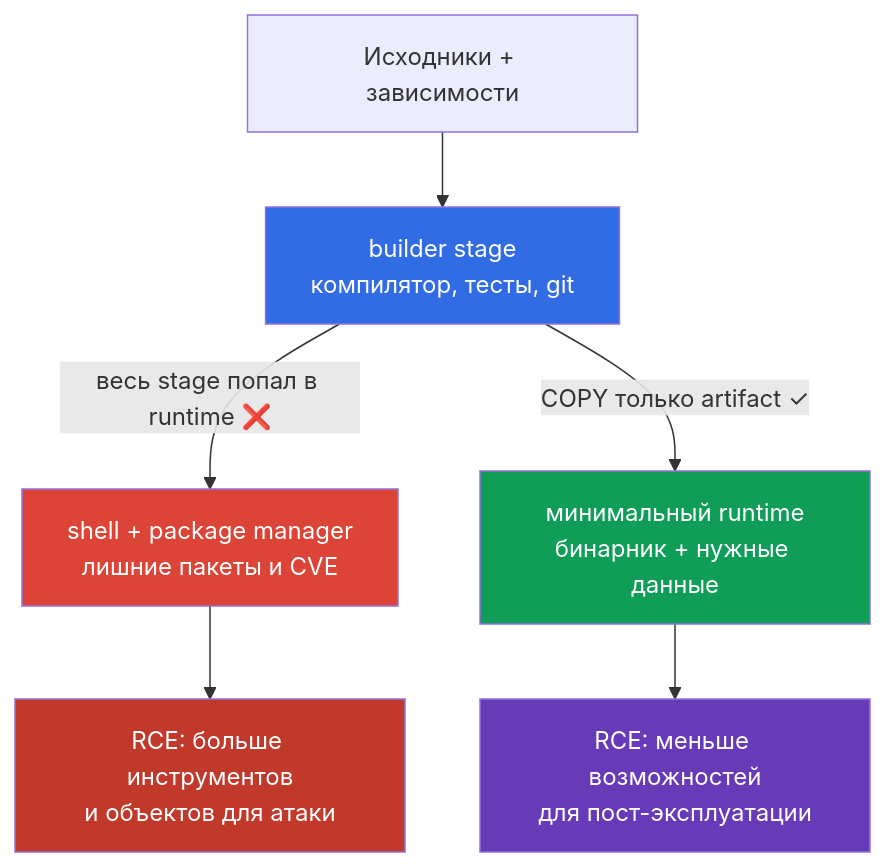
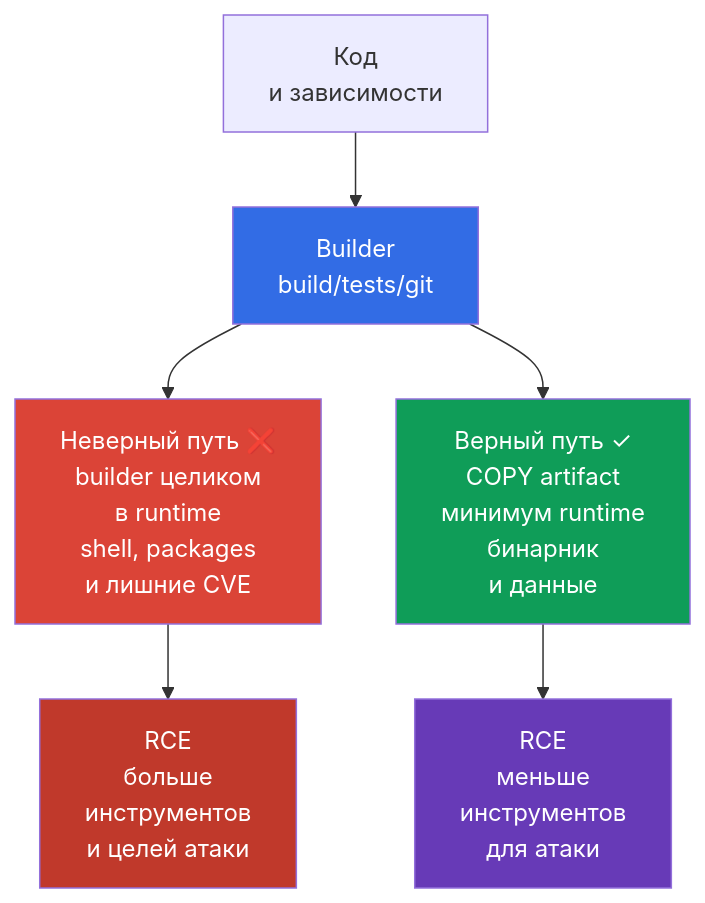
The first of 2 diagrams in tasks/cks/course/24/ru.md (ViktorUJ/cks), drawn with Mermaid before and after one commit. The commit also changed other lines of this file and 19 other files, not shown here.

````diff
--- a/tasks/cks/course/24/ru.md
+++ b/tasks/cks/course/24/ru.md
@@ -41,13 +41,13 @@
 ```mermaid
 flowchart TB
-    src["Исходники + зависимости"] --> build["builder stage<br/>компилятор, тесты, git"]
-    build -->|"весь stage попал в runtime ❌"| fat["shell + package manager<br/>лишние пакеты и CVE"]
-    build -->|"COPY только artifact ✓"| runtime["минимальный runtime<br/>бинарник + нужные данные"]
-    fat --> attacker["RCE: больше инструментов<br/>и объектов для атаки"]
-    runtime --> reduced["RCE: меньше возможностей<br/>для пост-эксплуатации"]
+    src["Код<br/>и зависимости"] --> build["Builder<br/>build/tests/git"]
+    build --> fat["Неверный путь ❌<br/>builder целиком<br/>в runtime<br/>shell, packages<br/>и лишние CVE"]
+    build --> runtime["Верный путь ✓<br/>COPY artifact<br/>минимум runtime<br/>бинарник<br/>и данные"]
+    fat --> attacker["RCE<br/>больше<br/>инструментов<br/>и целей атаки"]
+    runtime --> reduced["RCE<br/>меньше<br/>инструментов<br/>для атаки"]
     style build fill:#326ce5,color:#fff
     style fat fill:#db4437,color:#fff
     style runtime fill:#0f9d58,color:#fff
     style attacker fill:#c0392b,color:#fff
     style reduced fill:#673ab7,color:#fff
 ```
````
